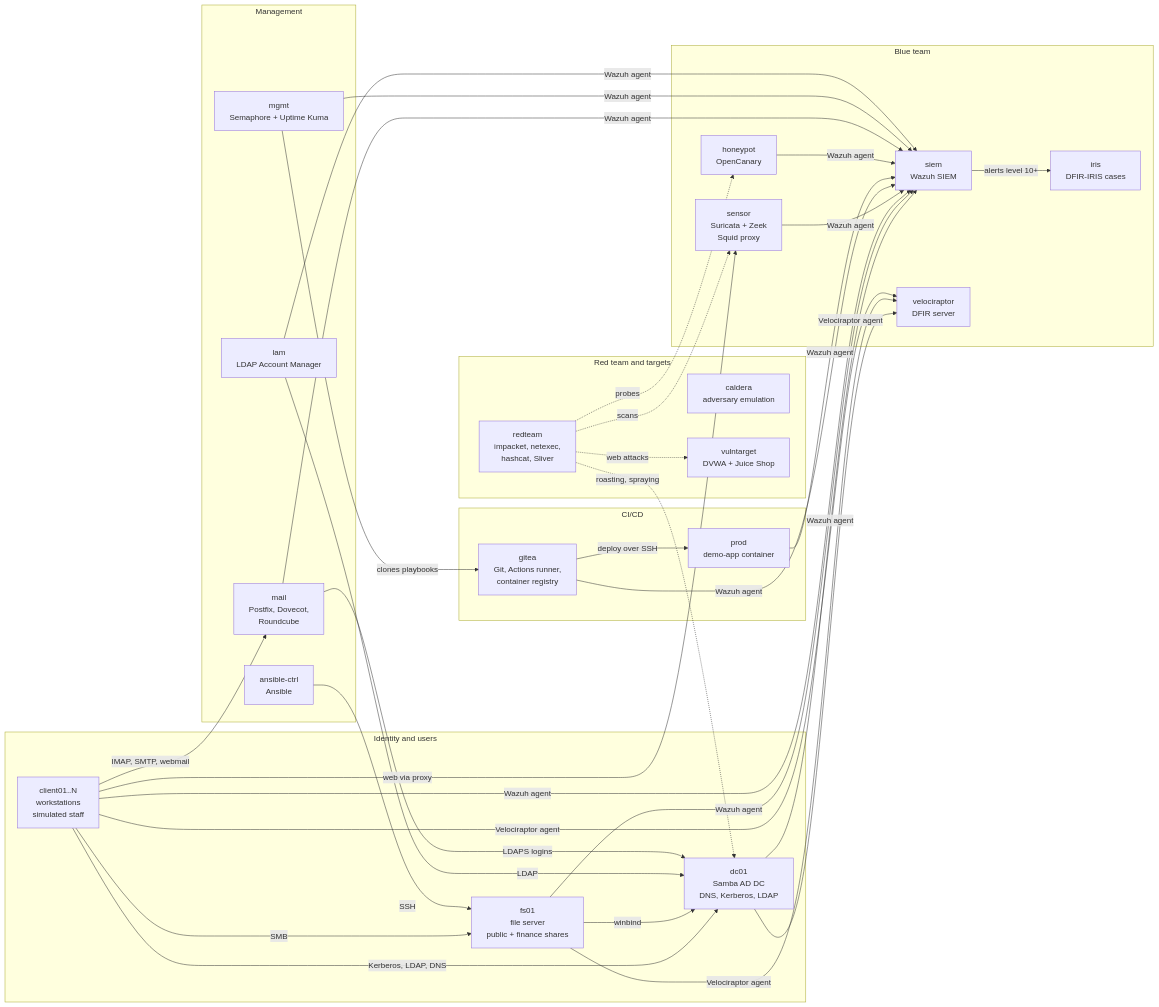
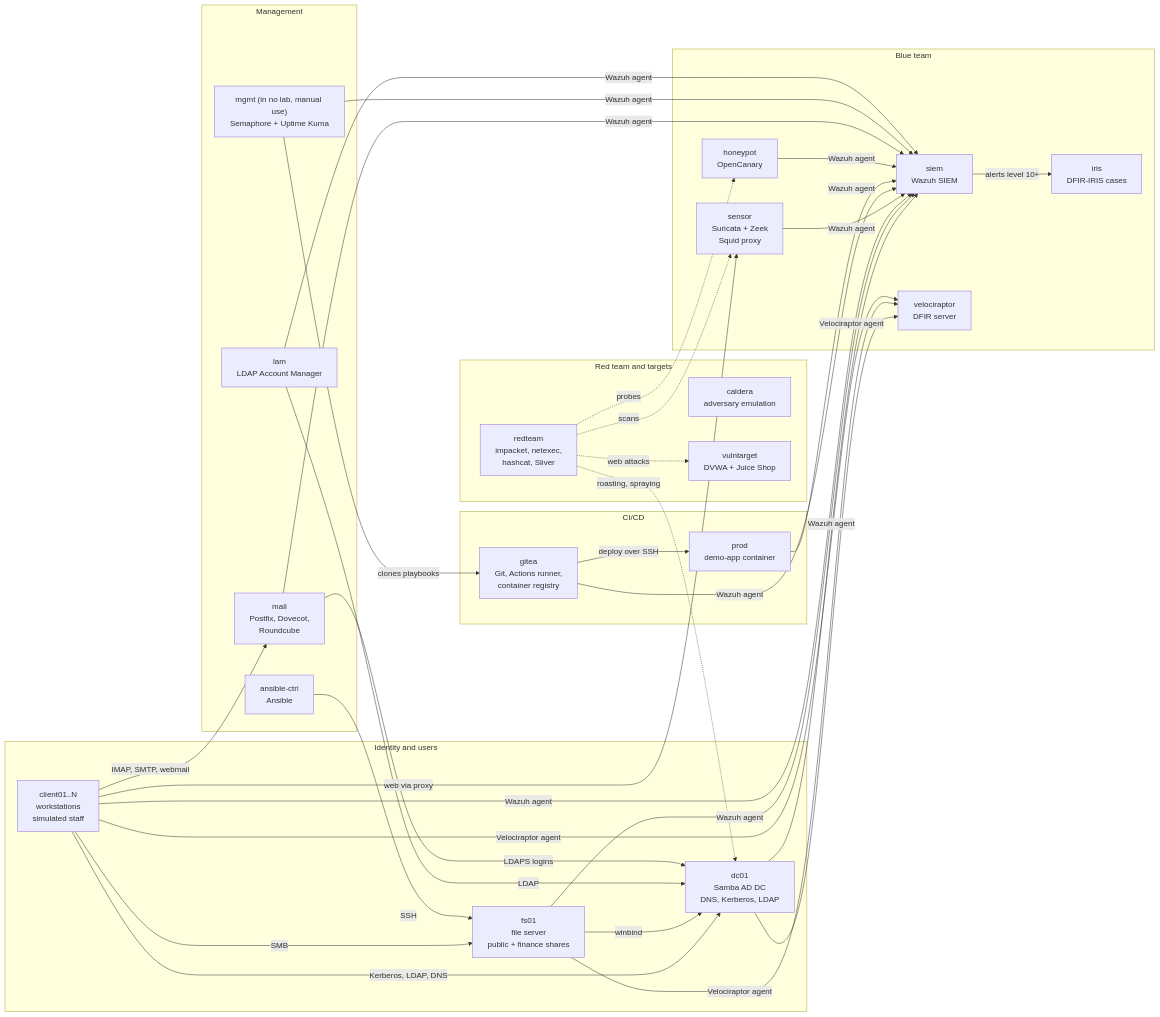
One commit to jozeta/SOC-lab changed the first of 7 diagrams in README.md. Above: the diagram before and after it, drawn with Mermaid. The commit also changed other lines of this file and 7 other files, not shown here.

````diff
--- a/README.md
+++ b/README.md
@@ -61,48 +61,48 @@
 ```mermaid
 flowchart LR
     subgraph identity["Identity and users"]
         dc01["dc01<br/>Samba AD DC<br/>DNS, Kerberos, LDAP"]
         fs01["fs01<br/>file server<br/>public + finance shares"]
         clients["client01..N<br/>workstations<br/>simulated staff"]
     end
     subgraph blue["Blue team"]
         siem["siem<br/>Wazuh SIEM"]
         sensor["sensor<br/>Suricata + Zeek<br/>Squid proxy"]
         velo["velociraptor<br/>DFIR server"]
         honeypot["honeypot<br/>OpenCanary"]
         iris["iris<br/>DFIR-IRIS cases"]
     end
     subgraph red["Red team and targets"]
         redteam["redteam<br/>impacket, netexec,<br/>hashcat, Sliver"]
         caldera["caldera<br/>adversary emulation"]
         vuln["vulntarget<br/>DVWA + Juice Shop"]
     end
     subgraph cicd["CI/CD"]
         gitea["gitea<br/>Git, Actions runner,<br/>container registry"]
         prod["prod<br/>demo-app container"]
     end
     subgraph ops["Management"]
         ansible["ansible-ctrl<br/>Ansible"]
-        mgmt["mgmt<br/>Semaphore + Uptime Kuma"]
+        mgmt["mgmt (in no lab, manual use)<br/>Semaphore + Uptime Kuma"]
         lam["lam<br/>LDAP Account Manager"]
         mail["mail<br/>Postfix, Dovecot,<br/>Roundcube"]
     end
 
     clients -- "Kerberos, LDAP, DNS" --> dc01
     fs01 -- "winbind" --> dc01
     clients -- "SMB" --> fs01
     lam -- "LDAP" --> dc01
     mail -- "LDAPS logins" --> dc01
     clients -- "IMAP, SMTP, webmail" --> mail
     clients -- "web via proxy" --> sensor
     siem -- "alerts level 10+" --> iris
     gitea -- "deploy over SSH" --> prod
     mgmt -- "clones playbooks" --> gitea
     ansible -- "SSH" --> fs01
     redteam -. "roasting, spraying" .-> dc01
     redteam -. "web attacks" .-> vuln
     redteam -. "scans" .-> sensor
     redteam -. "probes" .-> honeypot
     dc01 & fs01 & clients & sensor & gitea & prod & honeypot & mail & mgmt & lam -- "Wazuh agent" --> siem
     dc01 & fs01 & clients -- "Velociraptor agent" --> velo
 ```
````
